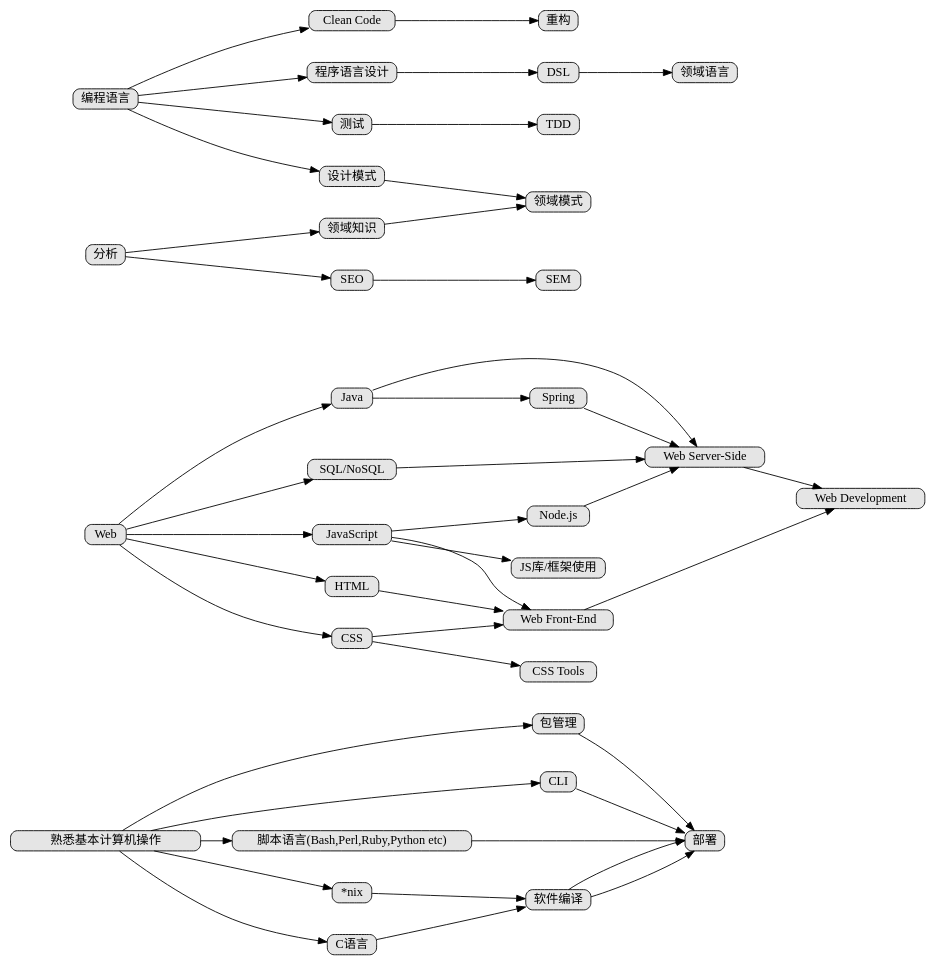
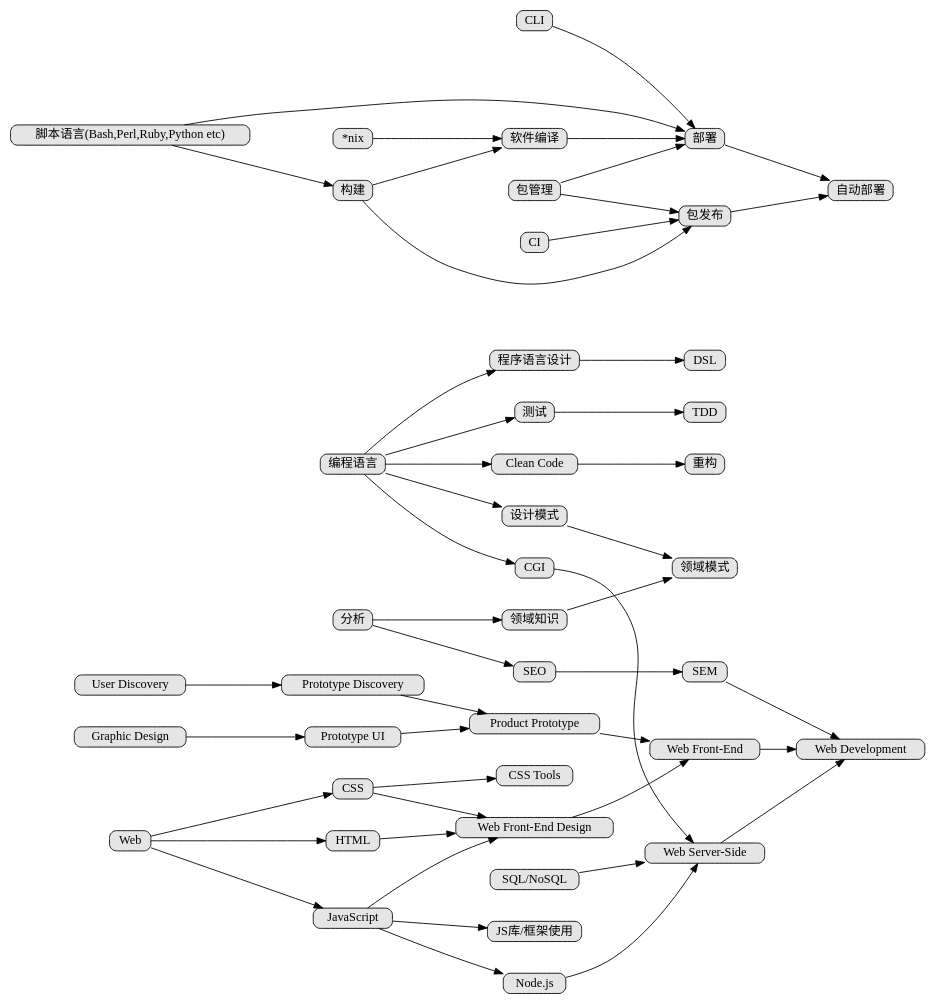
One commit to phodal/sherlock changed the diagram in tree/tree.dot. Above: the diagram before and after it, drawn with Graphviz. The commit also changed 1 other file, not shown here.

```diff
--- a/tree/tree.dot
+++ b/tree/tree.dot
@@ -1,37 +1,47 @@
 digraph tree
 {
     nodesep=0.5;
     charset="UTF-8";
     rankdir=LR;
     fixedsize=true;
     node [style="rounded,filled", width=0, height=0, shape=box, fillcolor="#E5E5E5", concentrate=true]
 
-    computer [label="熟悉基本计算机操作" shape=box, width=3]
+    "编程语言" -> "CGI"
+    "CGI" -> "Web Server-Side"
+    Web -> "JavaScript" -> "Web Front-End Design"
+    Web -> "HTML" -> "Web Front-End Design"
+    Web -> "CSS" -> "Web Front-End Design"
+    "Graphic Design" -> "Prototype UI" -> "Product Prototype"
+    "User Discovery" -> "Prototype Discovery" -> "Product Prototype"
+    "Web Front-End Design" -> "Web Front-End"
+    "Product Prototype" -> "Web Front-End"
+    "SEM" -> "Web Development"
 
-    Web -> "Java" -> "Web Server-Side"
-    "Java" -> "Spring" -> "Web Server-Side"
-    Web -> "JavaScript" -> "Web Front-End"
-    Web -> "HTML" -> "Web Front-End"
-    Web -> "CSS" -> "Web Front-End"
     "CSS" -> "CSS Tools"
     "JavaScript" -> "Node.js" -> "Web Server-Side"
     "JavaScript" -> "JS库/框架使用"
-    Web -> "SQL/NoSQL" -> "Web Server-Side"
+    "SQL/NoSQL" -> "Web Server-Side"
     "Web Server-Side" -> "Web Development"
     "Web Front-End" -> "Web Development"
 
     "编程语言" -> "设计模式" -> "领域模式"
     "编程语言" -> "测试"
     "测试" -> "TDD"
     "编程语言" -> "Clean Code"
     "Clean Code" -> "重构"
     "分析" -> "领域知识" -> "领域模式"
     "分析" -> "SEO" -> "SEM"
-    "编程语言" -> "程序语言设计" -> "DSL" -> "领域语言"
+    "编程语言" -> "程序语言设计" -> "DSL"
 
-    computer -> "包管理" -> "部署"
-    computer -> "CLI" -> "部署"
-    computer -> "脚本语言(Bash,Perl,Ruby,Python etc)" -> "部署"
-    computer -> "*nix" -> "软件编译" -> "部署"
-    computer -> "C语言" -> "软件编译" -> "部署"
+    "包管理" -> "部署"
+    "CI" -> "包发布"
+    "构建" -> "包发布"
+    "部署" -> "自动部署"
+    "包管理" -> "包发布" -> "自动部署"
+    "CLI" -> "部署"
+    "脚本语言(Bash,Perl,Ruby,Python etc)" -> "部署"
+    "脚本语言(Bash,Perl,Ruby,Python etc)" -> "构建"
+    "*nix" -> "软件编译" -> "部署"
+    "构建" -> "软件编译"
+
 }
```
